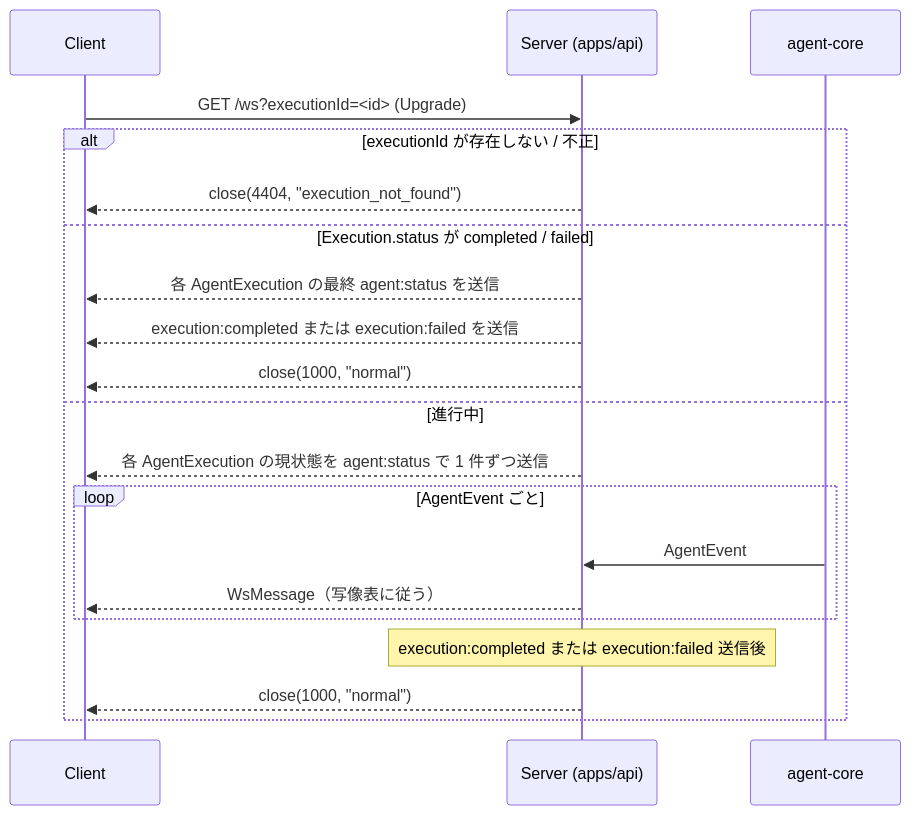
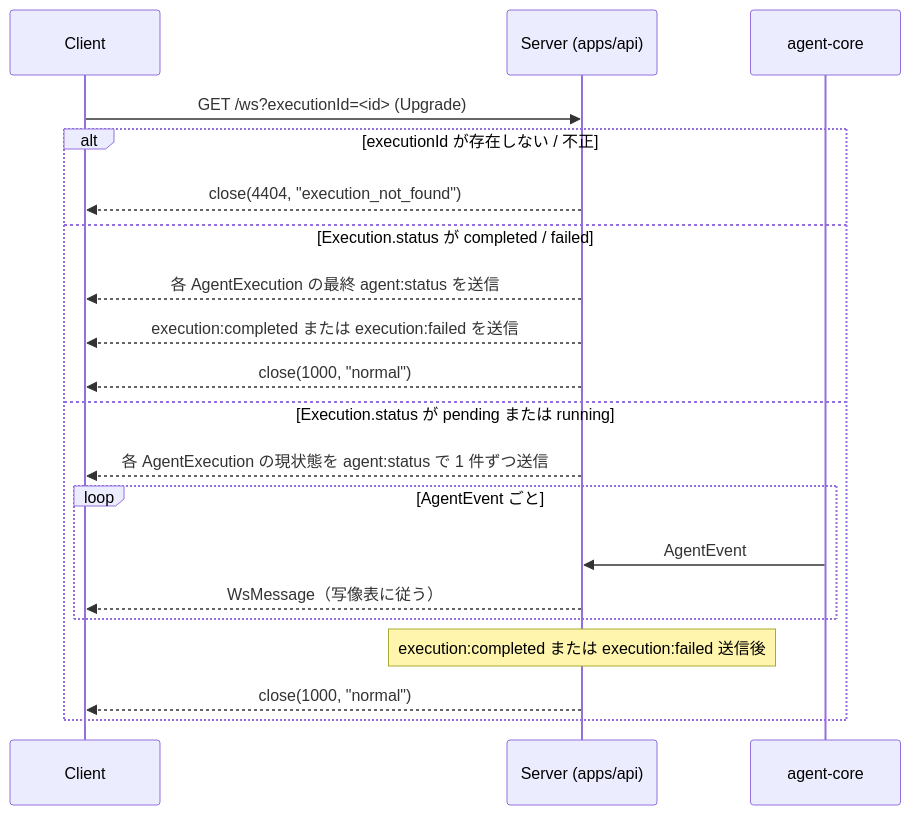
One commit to kuairen-227/agent-team-studio changed the diagram in docs/design/websocket-design.md. Above: the diagram before and after it, drawn with Mermaid.

Commit message:
docs(design): 5 回目レビュー指摘を反映（5-N-1） #54
mermaid 接続ライフサイクル図の `else 進行中` ラベルを `else Execution.status
が pending または running` に変更。本文 step 2 と整合し、pending 状態接続
の扱いが図から読み取れるようにした。

````diff
--- a/docs/design/websocket-design.md
+++ b/docs/design/websocket-design.md
@@ -80,23 +80,23 @@
 ```mermaid
 sequenceDiagram
     participant C as Client
     participant S as Server (apps/api)
     participant E as agent-core
 
     C->>S: GET /ws?executionId=<id> (Upgrade)
     alt executionId が存在しない / 不正
         S-->>C: close(4404, "execution_not_found")
     else Execution.status が completed / failed
         S-->>C: 各 AgentExecution の最終 agent:status を送信
         S-->>C: execution:completed または execution:failed を送信
         S-->>C: close(1000, "normal")
-    else 進行中
+    else Execution.status が pending または running
         S-->>C: 各 AgentExecution の現状態を agent:status で 1 件ずつ送信
         loop AgentEvent ごと
             E->>S: AgentEvent
             S-->>C: WsMessage（写像表に従う）
         end
         Note over S: execution:completed または execution:failed 送信後
         S-->>C: close(1000, "normal")
     end
 ```
````
